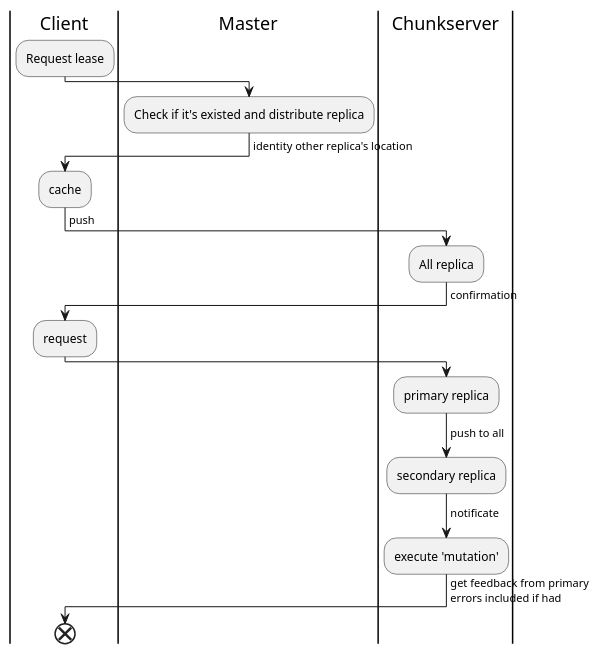
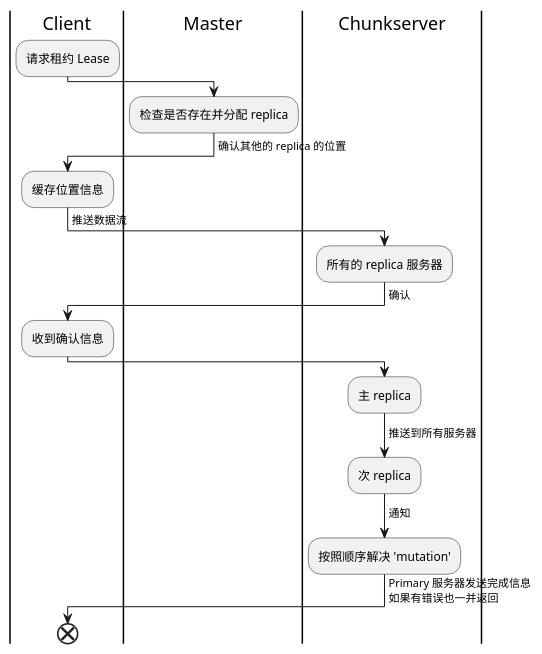
One commit to sonderlau/UML-Lesson changed the diagram in src/Activity/section-upload.wsd. Above: the diagram before and after it, drawn with PlantUML. The commit also changed 10 other files, not shown here.

```diff
--- a/src/Activity/section-upload.wsd
+++ b/src/Activity/section-upload.wsd
@@ -1,33 +1,33 @@
 @startuml "Upload"
 
 |Client|
-:Request lease;
+:请求租约 Lease;
 
 |Master|
-:Check if it's existed and distribute replica;
+:检查是否存在并分配 replica;
 
 |Client|
--> identity other replica's location;
-:cache;
+-> 确认其他的 replica 的位置;
+:缓存位置信息;
 
 |Chunkserver|
--> push;
-:All replica;
+-> 推送数据流;
+:所有的 replica 服务器;
 
 |Client|
--> confirmation;
-:request;
+-> 确认;
+:收到确认信息;
 
 |Chunkserver|
-:primary replica;
--> push to all;
-:secondary replica;
--> notificate;
-:execute 'mutation';
+:主 replica;
+-> 推送到所有服务器;
+:次 replica;
+-> 通知;
+:按照顺序解决 'mutation';
 
 |Client|
--> get feedback from primary
-errors included if had;
+-> Primary 服务器发送完成信息
+如果有错误也一并返回;
 end
 
 @enduml
```
